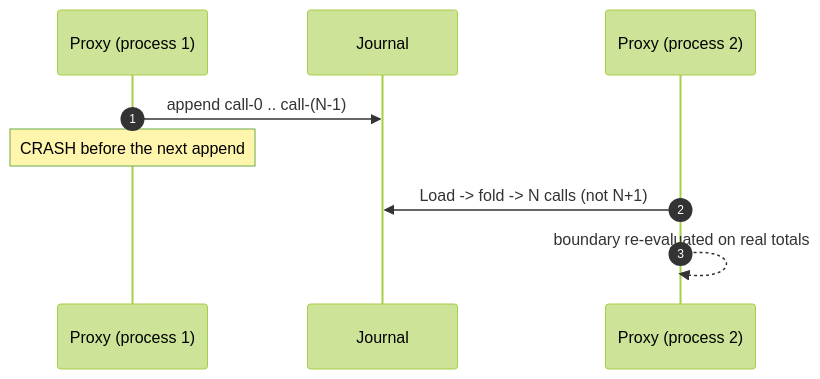
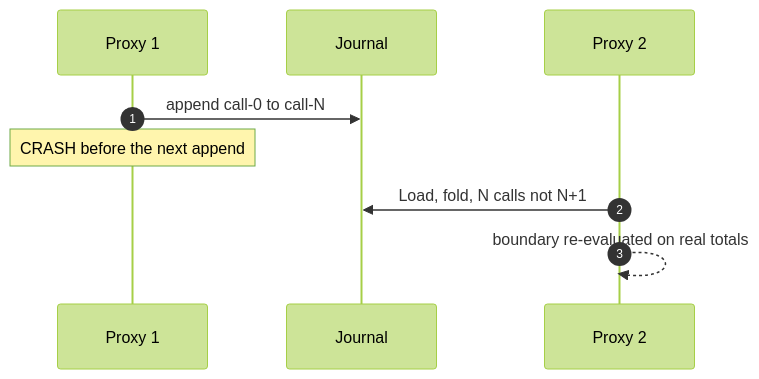
The second of 2 diagrams in docs/how-leash-works.md (sylvester-francis/leash), drawn with Mermaid (forest theme) before and after one commit. The commit also changed 2 other files, not shown here.

Commit message:
docs: fix Mermaid sequence diagrams failing to render on GitHub
Parentheses in a participant alias (e.g. "participant J as Journal (durable)")
crash GitHub's Mermaid renderer with 'Cannot read properties of undefined
(reading render)'. Three sequence diagrams (README, ARCHITECTURE, how-leash-works)
had that, plus parens/braces/inline arrows in message text. Reword to plain,
render-safe text. Flowcharts, which use quoted node labels, are unaffected.

````diff
--- a/docs/how-leash-works.md
+++ b/docs/how-leash-works.md
@@ -125,11 +125,11 @@
 ```mermaid
 sequenceDiagram
     autonumber
-    participant P as Proxy (process 1)
+    participant P as Proxy 1
     participant J as Journal
-    participant Q as Proxy (process 2)
-    P->>J: append call-0 .. call-(N-1)
+    participant Q as Proxy 2
+    P->>J: append call-0 to call-N
     Note over P: CRASH before the next append
-    Q->>J: Load -> fold -> N calls (not N+1)
+    Q->>J: Load, fold, N calls not N+1
     Q-->>Q: boundary re-evaluated on real totals
 ```
````
